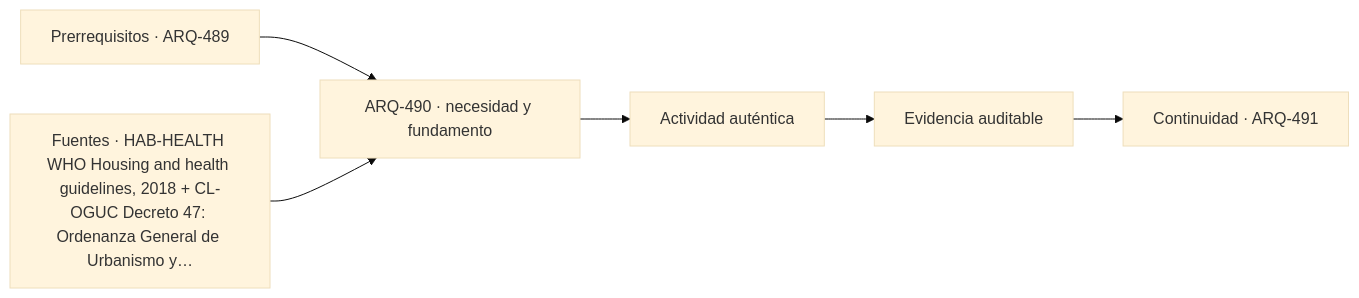
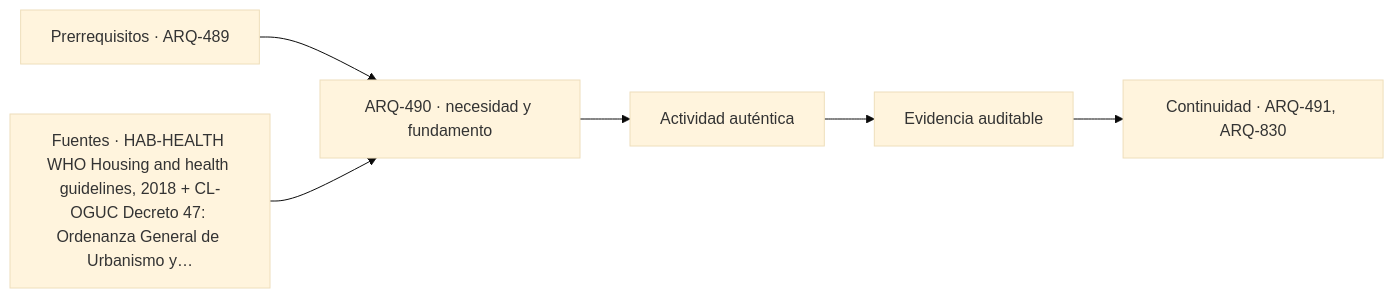
Before and after one commit to vladimiracunadev-create/architecture-built-environment-learning-program: the diagram in classes/parte-49/ARQ-490.md, drawn with Mermaid (base theme). The commit also changed other lines of this file and 234 other files, not shown here.

````diff
--- a/classes/parte-49/ARQ-490.md
+++ b/classes/parte-49/ARQ-490.md
@@ -101,8 +101,8 @@
 ```mermaid
 flowchart LR
     A["Prerrequisitos · ARQ-489"] --> B["ARQ-490 · necesidad y fundamento"]
     S["Fuentes · HAB-HEALTH WHO Housing and health guidelines, 2018 + CL-OGUC Decreto 47: Ordenanza General de Urbanismo y…"] --> B
     B --> C["Actividad auténtica"]
     C --> D["Evidencia auditable"]
-    D --> E["Continuidad · ARQ-491"]
+    D --> E["Continuidad · ARQ-491, ARQ-830"]
 ```
````
